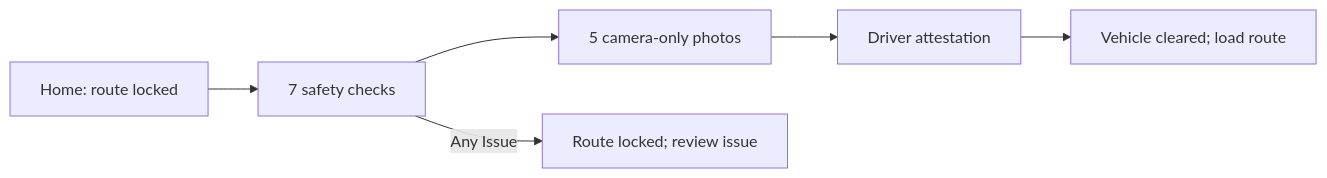
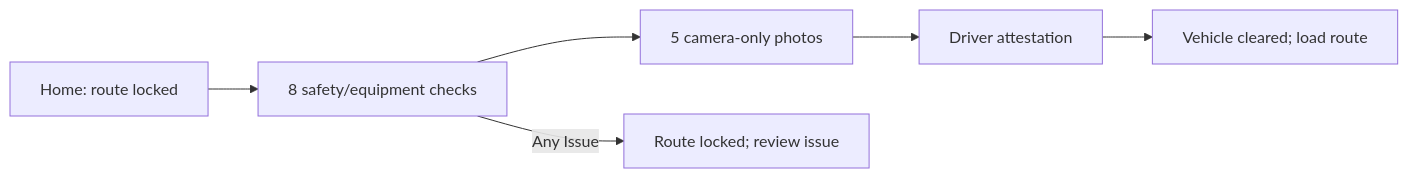
One commit to yarsuleimenov-code/Mobile_app changed the first of 4 diagrams in docs/mobile-app/business-overview.md. Above: the diagram before and after it, drawn with Mermaid. The commit also changed 31 other files, not shown here.

Commit message:
Move handoff comments to party signing screens and complete equipment checks

````diff
--- a/docs/mobile-app/business-overview.md
+++ b/docs/mobile-app/business-overview.md
@@ -40,8 +40,8 @@
 ```mermaid
 flowchart LR
-  A["Home: route locked"] --> B["7 safety checks"]
+  A["Home: route locked"] --> B["8 safety/equipment checks"]
   B --> C["5 camera-only photos"]
   C --> D["Driver attestation"]
   D --> E["Vehicle cleared; load route"]
   B -->|Any Issue| F["Route locked; review issue"]
 ```
````
